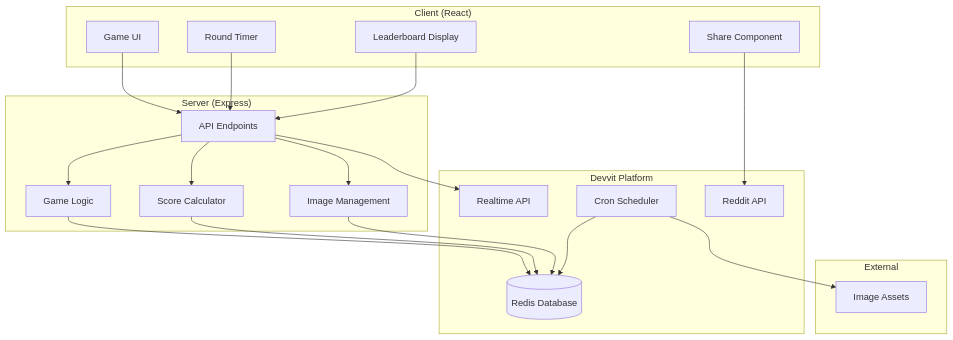
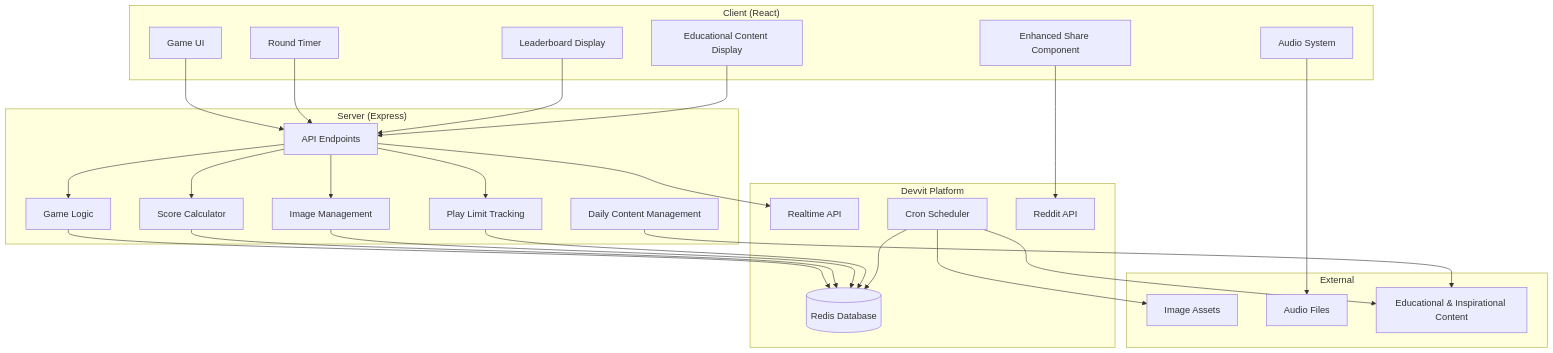
The diagram in .kiro/specs/spot-the-bot/design.md (kaivalyagandhi/ai-or-not-game), drawn with Mermaid before and after one commit. The commit also changed other lines of this file and 47 other files, not shown here.

````diff
--- a/.kiro/specs/spot-the-bot/design.md
+++ b/.kiro/specs/spot-the-bot/design.md
@@ -11,44 +11,56 @@
 ```mermaid
 graph TB
     subgraph "Client (React)"
         UI[Game UI]
         Timer[Round Timer]
         Leaderboard[Leaderboard Display]
-        Share[Share Component]
+        Share[Enhanced Share Component]
+        Audio[Audio System]
+        Education[Educational Content Display]
     end
 
     subgraph "Server (Express)"
         API[API Endpoints]
         GameLogic[Game Logic]
         ScoreCalc[Score Calculator]
         ImageMgmt[Image Management]
+        ContentMgmt[Daily Content Management]
+        PlayLimit[Play Limit Tracking]
     end
 
     subgraph "Devvit Platform"
         Redis[(Redis Database)]
         Realtime[Realtime API]
         Scheduler[Cron Scheduler]
         Reddit[Reddit API]
     end
 
     subgraph "External"
         ImageAssets[Image Assets]
+        AudioAssets[Audio Files]
+        ContentFiles[Educational & Inspirational Content]
     end
 
     UI --> API
     Timer --> API
     Leaderboard --> API
     Share --> Reddit
+    Audio --> AudioAssets
+    Education --> API
 
     API --> GameLogic
     API --> ScoreCalc
     API --> ImageMgmt
+    API --> PlayLimit
 
     GameLogic --> Redis
     ScoreCalc --> Redis
     ImageMgmt --> Redis
+    PlayLimit --> Redis
 
     API --> Realtime
     Scheduler --> Redis
     Scheduler --> ImageAssets
+    Scheduler --> ContentFiles
+    ContentMgmt --> ContentFiles
 ```
````
